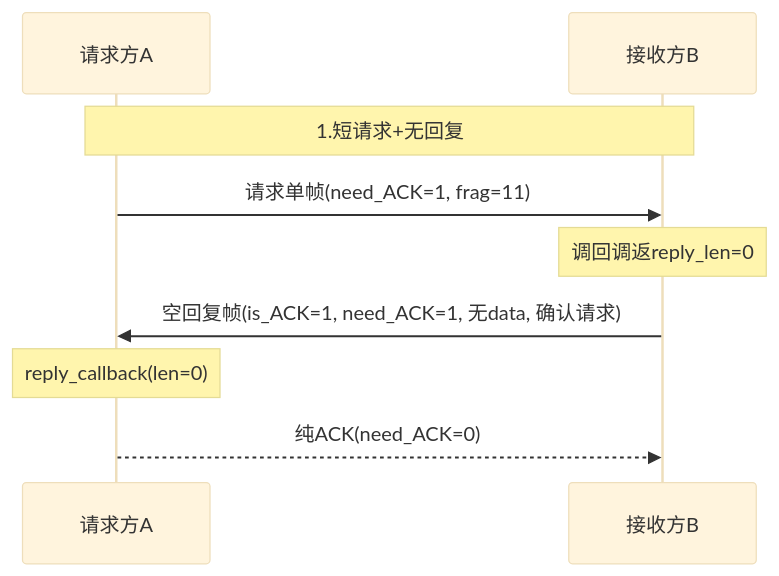
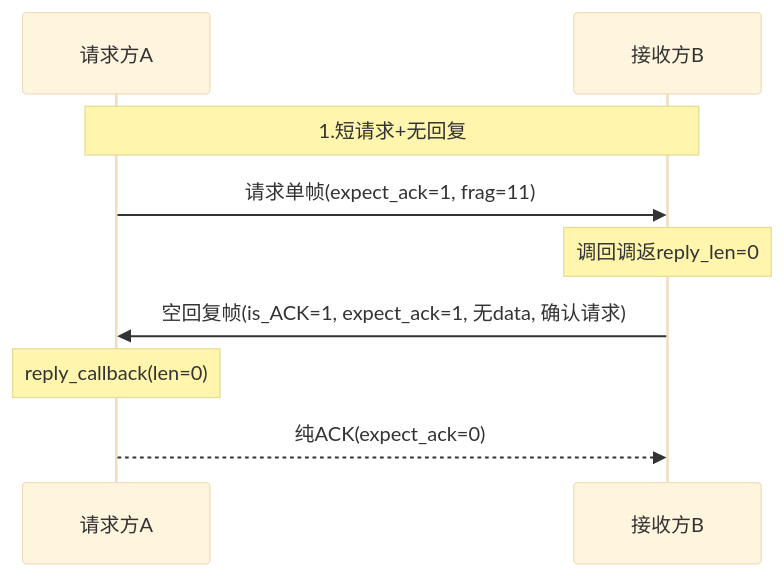
One commit to Siaiai/ObsidianNote changed the first of 14 diagrams in 工作/项目/代码/260401S3分拣面板-SIA-R9000P.md. Above: the diagram before and after it, drawn with Mermaid (base theme). The commit also changed other lines of this file and 1 other file, not shown here.

````diff
--- a/工作/项目/代码/260401S3分拣面板-SIA-R9000P.md
+++ b/工作/项目/代码/260401S3分拣面板-SIA-R9000P.md
@@ -81,11 +84,11 @@
 ```mermaid
 sequenceDiagram
     participant A as 请求方A
     participant B as 接收方B
     Note over A,B: 1.短请求+无回复
-    A->>B: 请求单帧(need_ACK=1, frag=11)
+    A->>B: 请求单帧(expect_ack=1, frag=11)
     Note over B: 调回调返reply_len=0
-    B->>A: 空回复帧(is_ACK=1, need_ACK=1, 无data, 确认请求)
+    B->>A: 空回复帧(is_ACK=1, expect_ack=1, 无data, 确认请求)
     Note over A: reply_callback(len=0)
-    A-->>B: 纯ACK(need_ACK=0)
+    A-->>B: 纯ACK(expect_ack=0)
 ```
````
